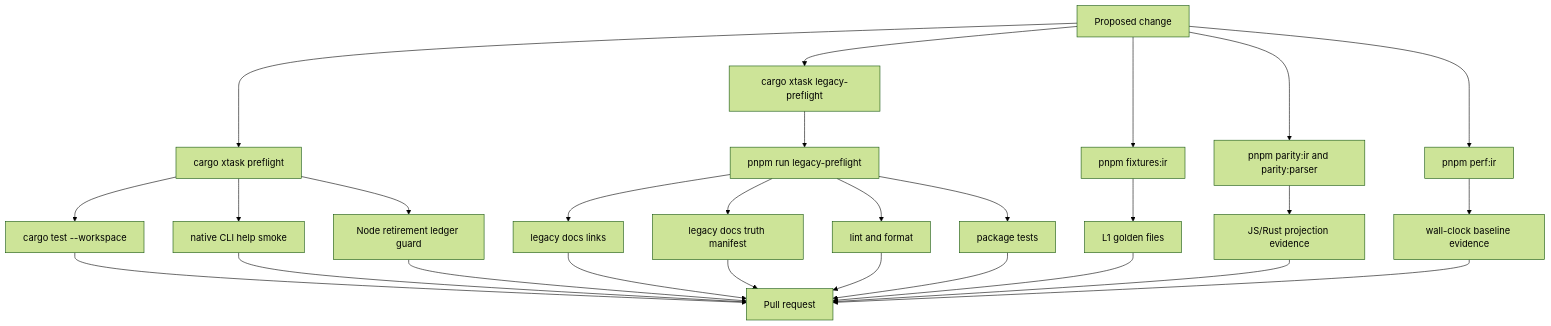
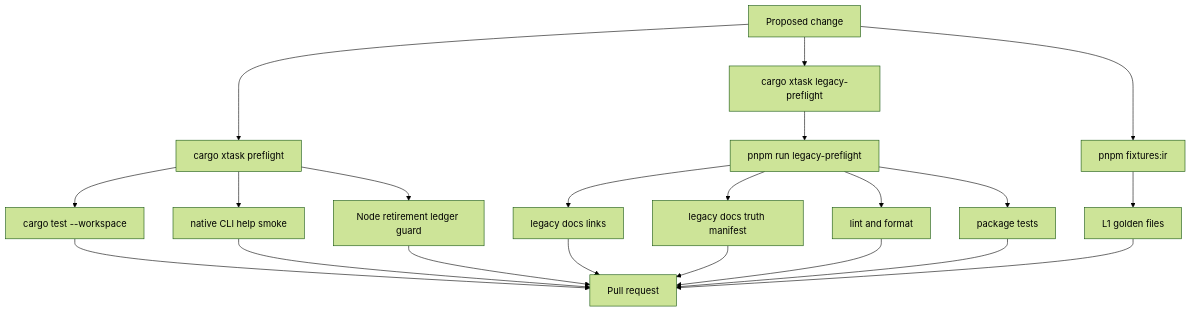
Before and after one commit to flyingrobots/wesley: diagram 21 of 24 in docs/END_TO_END.md, drawn with Mermaid (forest theme). The commit also changed other lines of this file and 364 other files, not shown here.

````diff
--- a/docs/END_TO_END.md
+++ b/docs/END_TO_END.md
@@ -929,32 +918,26 @@
 ```mermaid
 flowchart TD
     Change[Proposed change] --> RustPreflight[cargo xtask preflight]
     Change --> LegacyPreflight[cargo xtask legacy-preflight]
     Change --> Fixtures[pnpm fixtures:ir]
-    Change --> Parity[pnpm parity:ir and parity:parser]
-    Change --> Perf[pnpm perf:ir]
 
     RustPreflight --> RustTests[cargo test --workspace]
     RustPreflight --> NativeHelp[native CLI help smoke]
     LegacyPreflight --> PnpmLegacy[pnpm run legacy-preflight]
     PnpmLegacy --> DocsLinks[legacy docs links]
     PnpmLegacy --> DocsTruth[legacy docs truth manifest]
     RustPreflight --> NodeRetirement[Node retirement ledger guard]
     PnpmLegacy --> Lint[lint and format]
     PnpmLegacy --> PackageTests[package tests]
 
     Fixtures --> Golden[L1 golden files]
-    Parity --> Comparator[JS/Rust projection evidence]
-    Perf --> Baseline[wall-clock baseline evidence]
 
     RustTests --> PR[Pull request]
     NativeHelp --> PR
     DocsLinks --> PR
     DocsTruth --> PR
     NodeRetirement --> PR
     Lint --> PR
     PackageTests --> PR
     Golden --> PR
-    Comparator --> PR
-    Baseline --> PR
 ```
````
